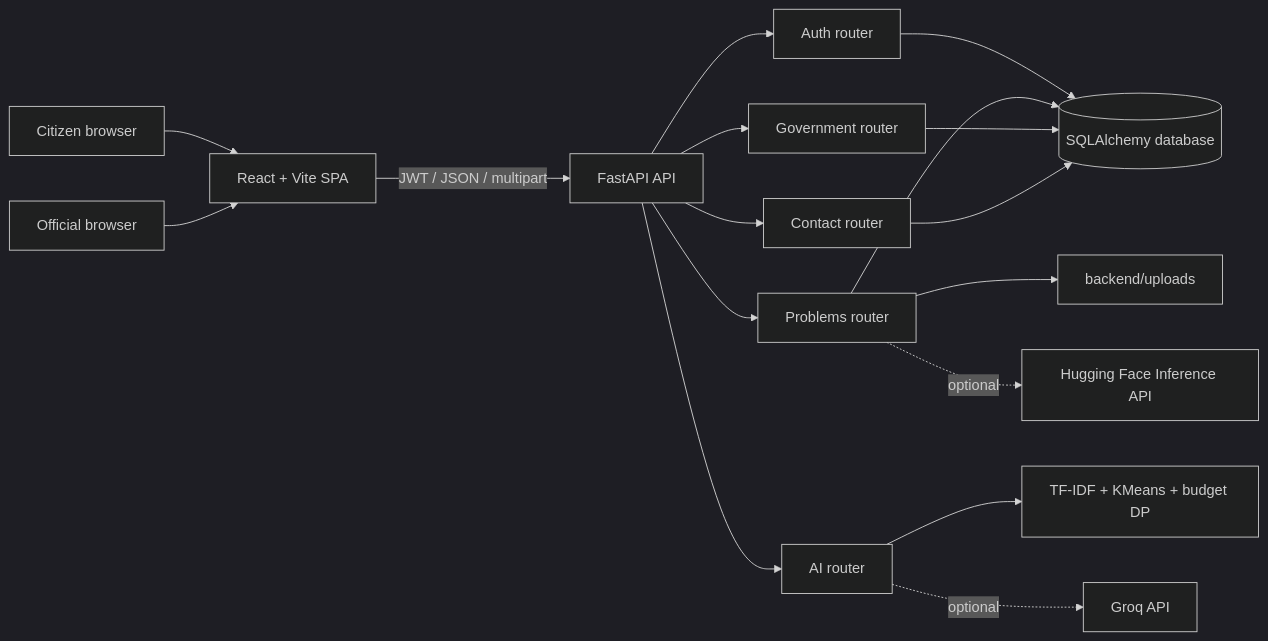
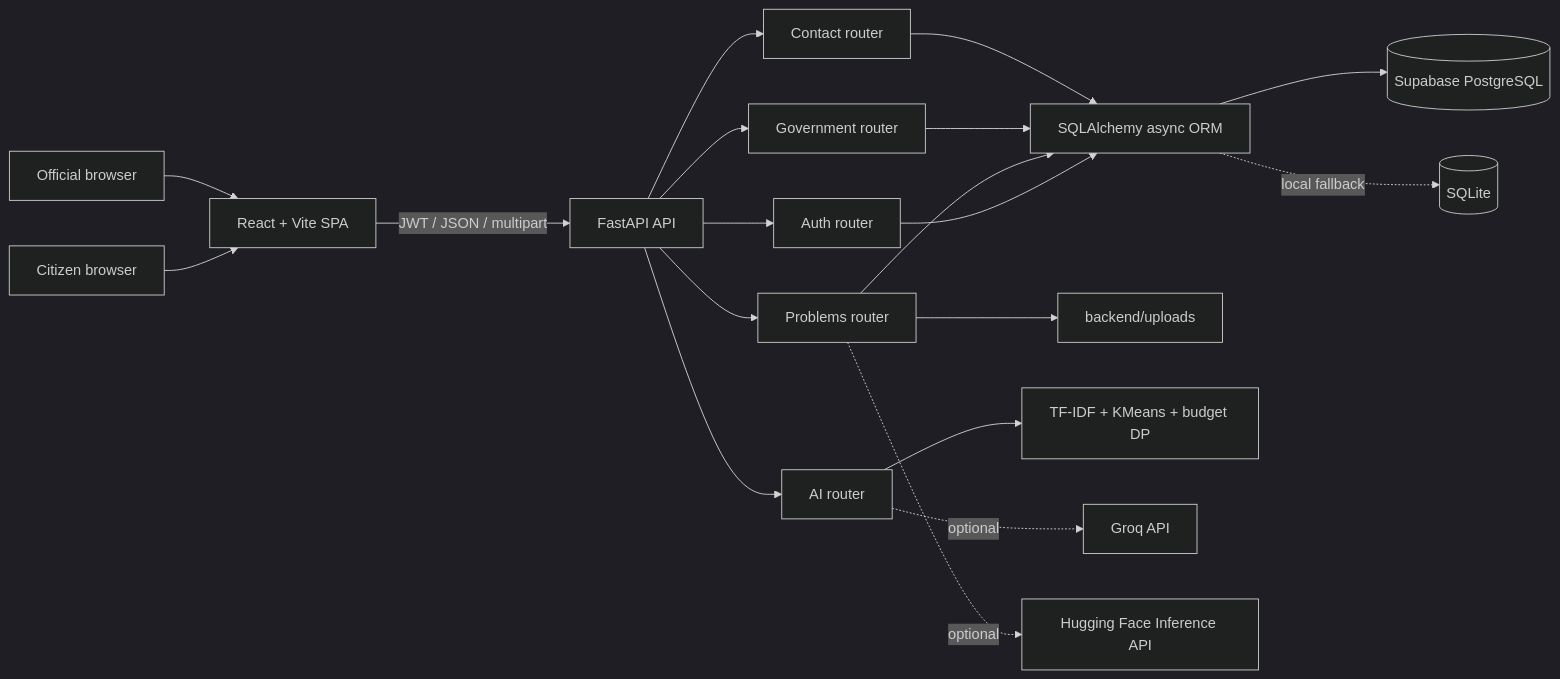
One commit to Kalyan-Setu/Kalyan_Setu changed the first of 2 diagrams in README.md. Above: the diagram before and after it, drawn with Mermaid (dark theme). The commit also changed other lines of this file, not shown here.

````diff
--- a/README.md
+++ b/README.md
@@ -74,19 +74,21 @@
 ```mermaid
 flowchart LR
     C[Citizen browser] --> F[React + Vite SPA]
     O[Official browser] --> F
     F -->|JWT / JSON / multipart| API[FastAPI API]
     API --> AUTH[Auth router]
     API --> PROB[Problems router]
     API --> GOVT[Government router]
     API --> AI[AI router]
     API --> CONTACT[Contact router]
-    AUTH --> DB[(SQLAlchemy database)]
-    PROB --> DB
-    GOVT --> DB
-    CONTACT --> DB
+    AUTH --> ORM[SQLAlchemy async ORM]
+    PROB --> ORM
+    GOVT --> ORM
+    CONTACT --> ORM
+    ORM --> DB[(Supabase PostgreSQL)]
+    ORM -. local fallback .-> SQLITE[(SQLite)]
     PROB --> FILES[backend/uploads]
     AI --> ANALYSIS[TF-IDF + KMeans + budget DP]
     AI -. optional .-> GROQ[Groq API]
     PROB -. optional .-> HF[Hugging Face Inference API]
 ```
````
